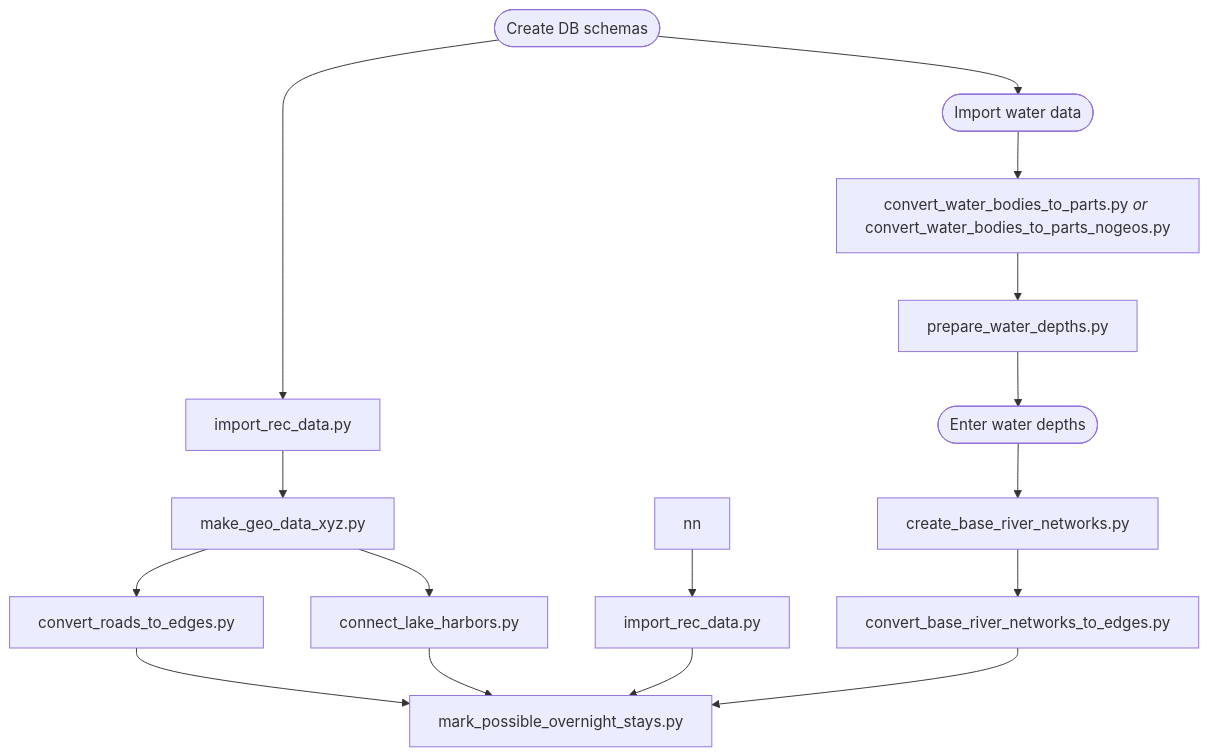
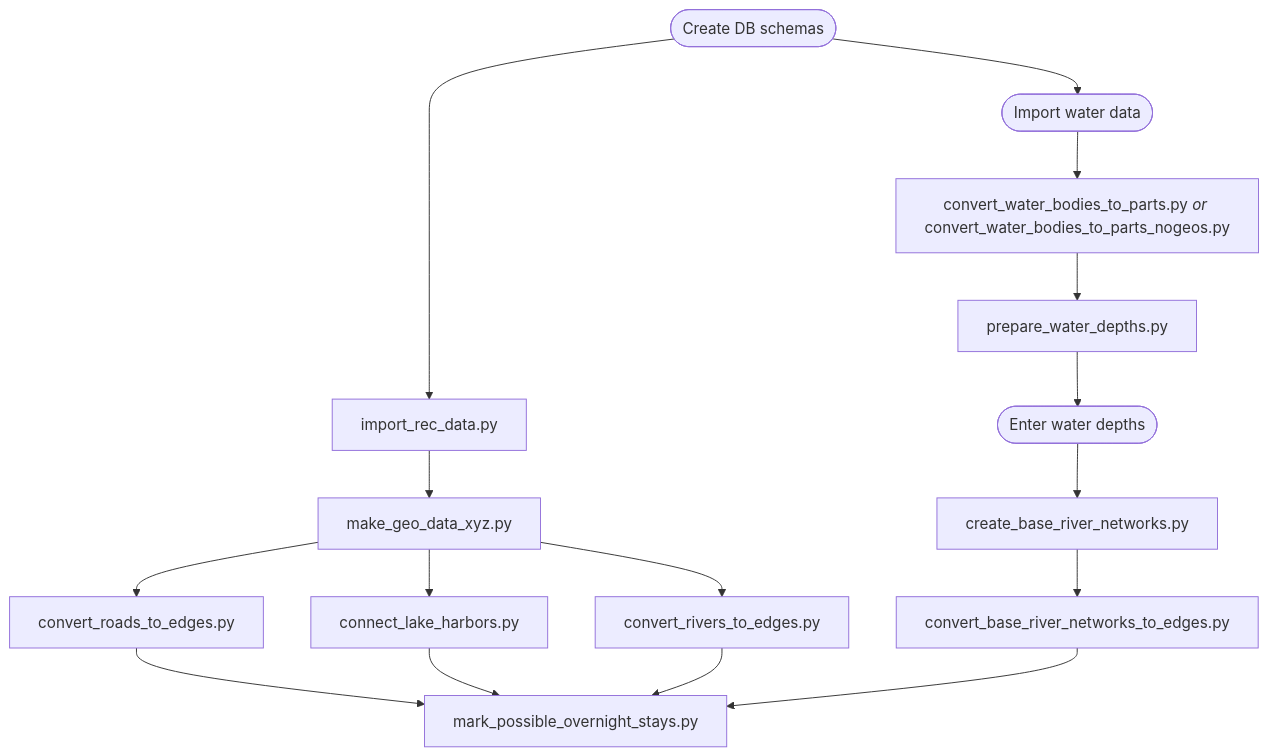
The diagram in precalculation/README.md (Simulation-of-Traffic-and-Transport/SiTT), drawn with Mermaid before and after one commit. The commit also changed other lines of this file and 1 other file, not shown here.

Commit message:
Optional import of lake edge data from db.

````diff
--- a/precalculation/README.md
+++ b/precalculation/README.md
@@ -9,27 +9,27 @@
 ```mermaid
 flowchart TD
     schema(["Create DB schemas"])
     water(["Import water data"])
     hubs_roads_rivers["import_rec_data.py"]
     geo_data["make_geo_data_xyz.py"]
     convert_roads["convert_roads_to_edges.py"]
-    convert_rivers["import_rec_data.py"]
+    convert_rivers["convert_rivers_to_edges.py"]
     convert_lakes["connect_lake_harbors.py"]
     convert_wb["`convert_water_bodies_to_parts.py *or* convert_water_bodies_to_parts_nogeos.py`"]
     prepare_water_depths["prepare_water_depths.py"]
     enter_depths(["Enter water depths"])
     base_river["create_base_river_networks.py"]
     river_edges["convert_base_river_networks_to_edges.py"]
     overnight_stays["mark_possible_overnight_stays.py"]
     
     schema --> water
     schema --> hubs_roads_rivers
     
 
     hubs_roads_rivers --> geo_data
     
     geo_data --> convert_roads --> overnight_stays
     geo_data --> convert_lakes --> overnight_stays
-    nn --> convert_rivers --> overnight_stays
+    geo_data --> convert_rivers --> overnight_stays
     water --> convert_wb --> prepare_water_depths --> enter_depths --> base_river --> river_edges --> overnight_stays
 ```
````
